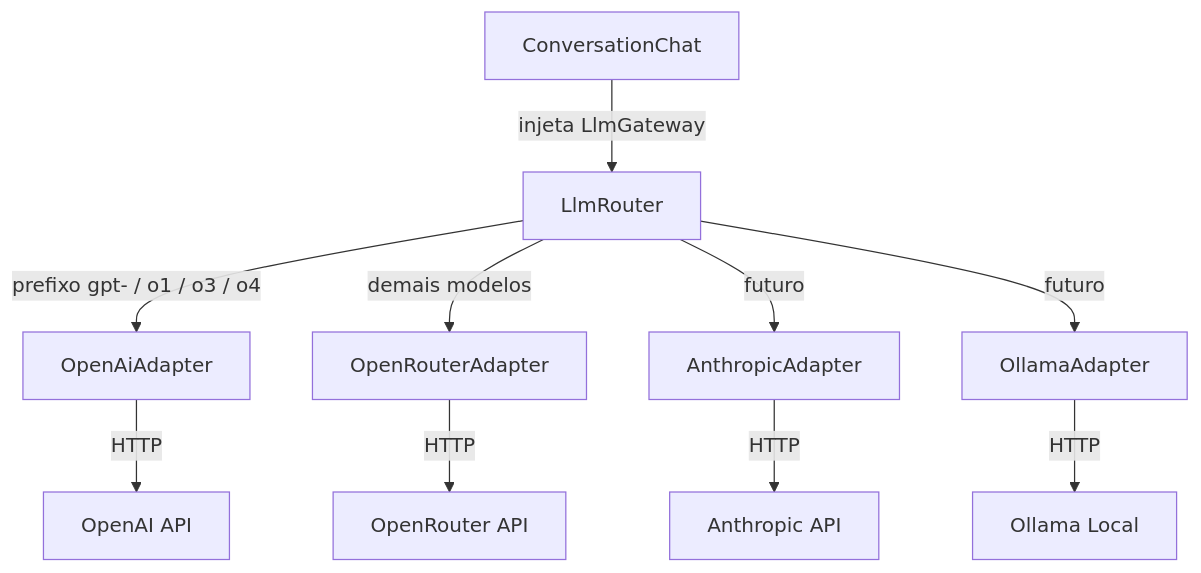
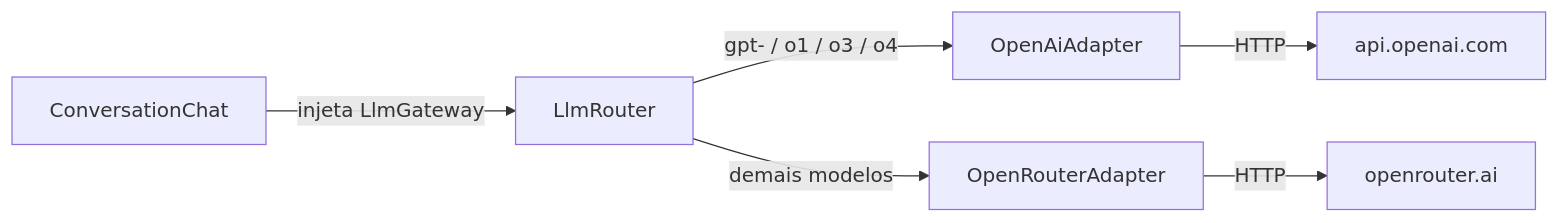
The second of 2 diagrams in README.md (Fredrumond/pm_helper), drawn with Mermaid before and after one commit. The commit also changed other lines of this file and 41 other files, not shown here.

````diff
--- a/README.md
+++ b/README.md
@@ -11,12 +68,8 @@
 ```mermaid
-flowchart TD
-    ConversationChat -->|"injeta LlmGateway"| LlmRouter
-    LlmRouter -->|"prefixo gpt- / o1 / o3 / o4"| OpenAiAdapter
-    LlmRouter -->|"demais modelos"| OpenRouterAdapter
-    LlmRouter -->|"futuro"| AnthropicAdapter
-    LlmRouter -->|"futuro"| OllamaAdapter
-    OpenAiAdapter -->|"HTTP"| OpenAIAPI["OpenAI API"]
-    OpenRouterAdapter -->|"HTTP"| OpenRouterAPI["OpenRouter API"]
-    AnthropicAdapter -->|"HTTP"| AnthropicAPI["Anthropic API"]
-    OllamaAdapter -->|"HTTP"| OllamaLocal["Ollama Local"]
+flowchart LR
+    CC[ConversationChat] -->|injeta LlmGateway| LR[LlmRouter]
+    LR -->|"gpt- / o1 / o3 / o4"| OAI[OpenAiAdapter]
+    LR -->|demais modelos| OR[OpenRouterAdapter]
+    OAI -->|HTTP| OAIAPI[api.openai.com]
+    OR -->|HTTP| ORAPI[openrouter.ai]
 ```
````
